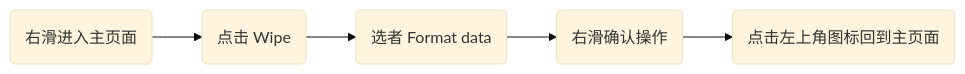
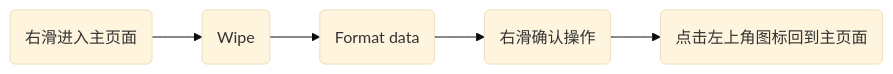
One commit to gowsp/blog changed the fourth of 4 diagrams in source/_posts/2022/20220605.md. Above: the diagram before and after it, drawn with Mermaid (base theme). The commit also changed 1 other file, not shown here.

````diff
--- a/source/_posts/2022/20220605.md
+++ b/source/_posts/2022/20220605.md
@@ -89,7 +89,7 @@
 ```mermaid
 graph LR
-A(右滑进入主页面) --> B(点击 Wipe)
-B --> C(选者 Format data)
+A(右滑进入主页面) --> B(Wipe)
+B --> C(Format data)
 C --> D(右滑确认操作)
 D --> E(点击左上角图标回到主页面)
 ```
````
